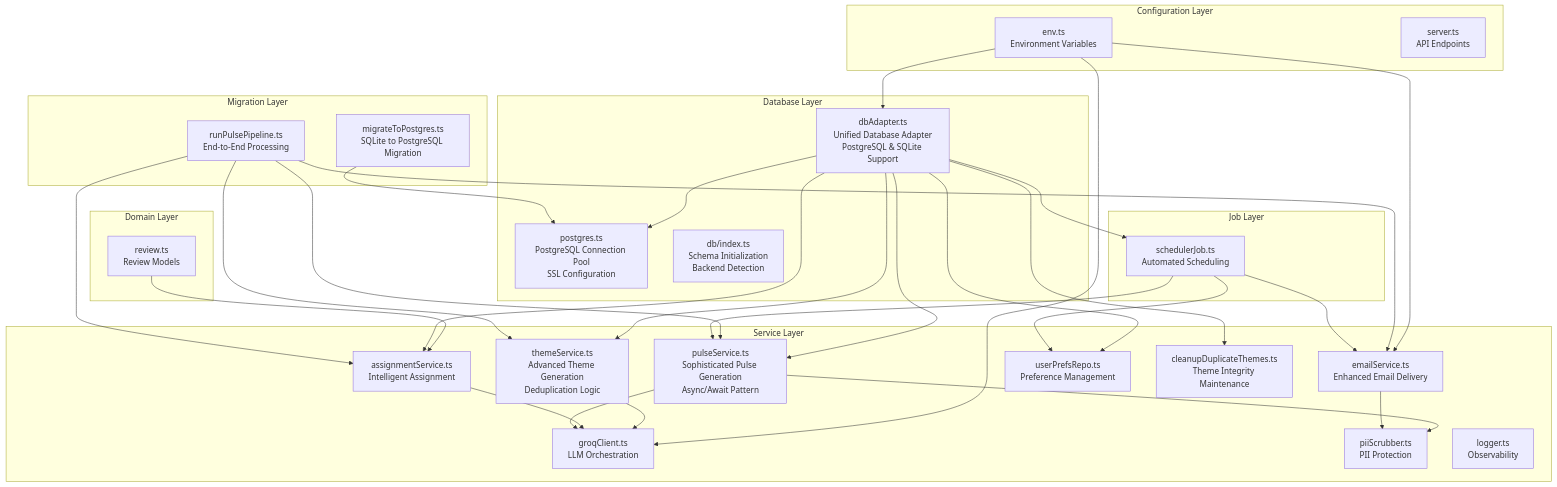
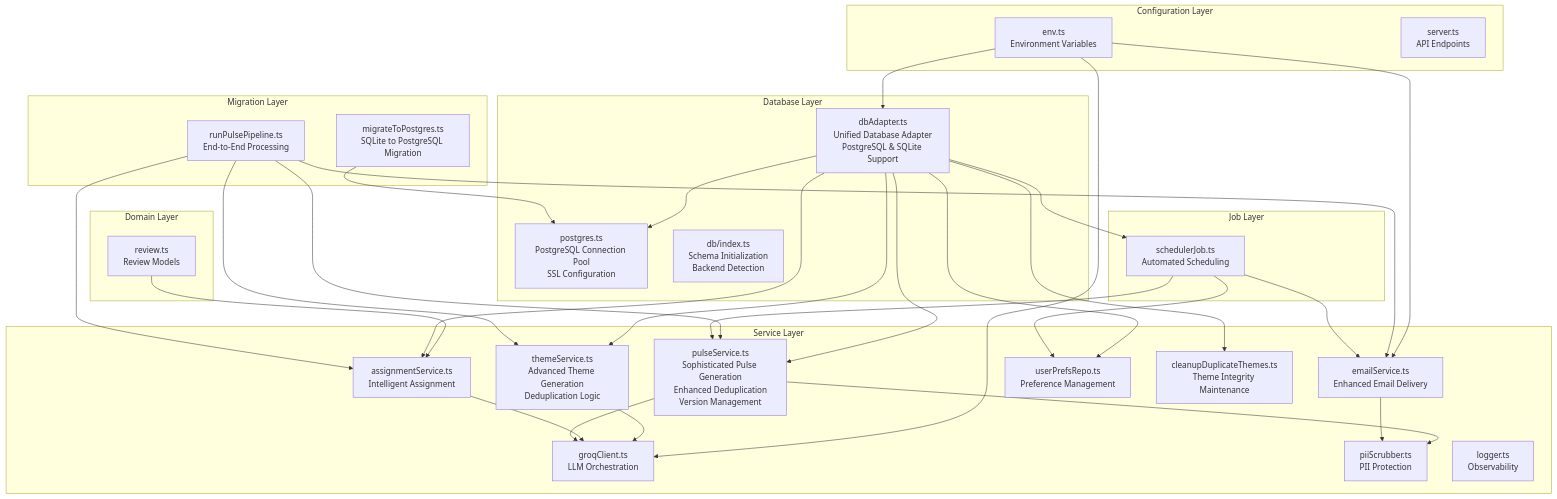
One commit to aravinthraj-ramalingam/Groww-App-Review-Insights-Analyzer- changed the first of 13 diagrams in .qoder/repowiki/en/content/Phase 2_ Advanced Analytics & Automation/Weekly Pulse Generation.md. Above: the diagram before and after it, drawn with Mermaid. The commit also changed other lines of this file and 4 other files, not shown here.

Commit message:
Improve theme generation with distinct categories and semantic deduplication

````diff
--- a/.qoder/repowiki/en/content/Phase 2_ Advanced Analytics & Automation/Weekly Pulse Generation.md
+++ b/.qoder/repowiki/en/content/Phase 2_ Advanced Analytics & Automation/Weekly Pulse Generation.md
@@ -66,57 +67,57 @@
 ```mermaid
 graph TB
 subgraph "Configuration Layer"
 ENV["env.ts<br/>Environment Variables"]
 ENDPOINT["server.ts<br/>API Endpoints"]
 end
 subgraph "Domain Layer"
 REVIEW["review.ts<br/>Review Models"]
 end
 subgraph "Database Layer"
 DBADAPTER["dbAdapter.ts<br/>Unified Database Adapter<br/>PostgreSQL & SQLite Support"]
 POSTGRES["postgres.ts<br/>PostgreSQL Connection Pool<br/>SSL Configuration"]
 DBIDX["db/index.ts<br/>Schema Initialization<br/>Backend Detection"]
 end
 subgraph "Service Layer"
 THEME["themeService.ts<br/>Advanced Theme Generation<br/>Deduplication Logic"]
 ASSIGN["assignmentService.ts<br/>Intelligent Assignment"]
-PULSE["pulseService.ts<br/>Sophisticated Pulse Generation<br/>Async/Await Pattern"]
+PULSE["pulseService.ts<br/>Sophisticated Pulse Generation<br/>Enhanced Deduplication<br/>Version Management"]
 EMAIL["emailService.ts<br/>Enhanced Email Delivery"]
 PREFS["userPrefsRepo.ts<br/>Preference Management"]
 GROQ["groqClient.ts<br/>LLM Orchestration"]
 SCRUB["piiScrubber.ts<br/>PII Protection"]
 LOG["logger.ts<br/>Observability"]
 CLEAN["cleanupDuplicateThemes.ts<br/>Theme Integrity Maintenance"]
 end
 subgraph "Job Layer"
 SCHED["schedulerJob.ts<br/>Automated Scheduling"]
 end
 subgraph "Migration Layer"
 MIGRATE["migrateToPostgres.ts<br/>SQLite to PostgreSQL Migration"]
 PIPE["runPulsePipeline.ts<br/>End-to-End Processing"]
 end
 ENV --> DBADAPTER
 ENV --> GROQ
 ENV --> EMAIL
 REVIEW --> ASSIGN
 DBADAPTER --> THEME
 DBADAPTER --> ASSIGN
 DBADAPTER --> PULSE
 DBADAPTER --> PREFS
 DBADAPTER --> SCHED
 DBADAPTER --> CLEAN
 DBADAPTER --> POSTGRES
 MIGRATE --> POSTGRES
 PIPE --> THEME
 PIPE --> ASSIGN
 PIPE --> PULSE
 PIPE --> EMAIL
 THEME --> GROQ
 ASSIGN --> GROQ
 PULSE --> GROQ
 PULSE --> SCRUB
 EMAIL --> SCRUB
 SCHED --> PULSE
 SCHED --> EMAIL
 SCHED --> PREFS
 ```
````
